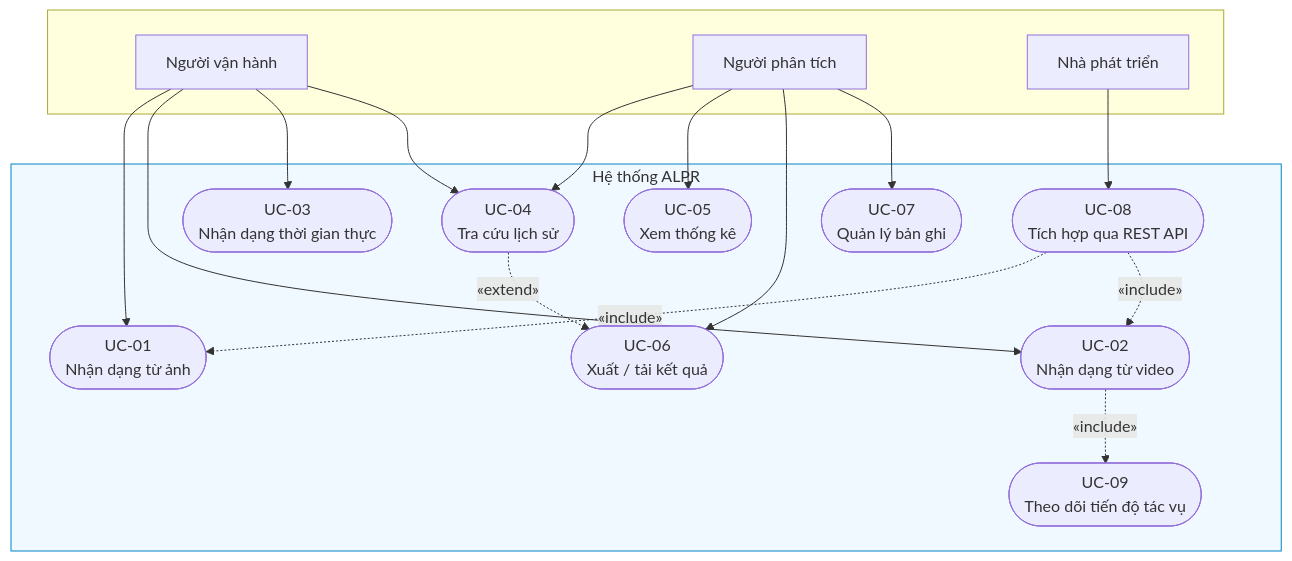
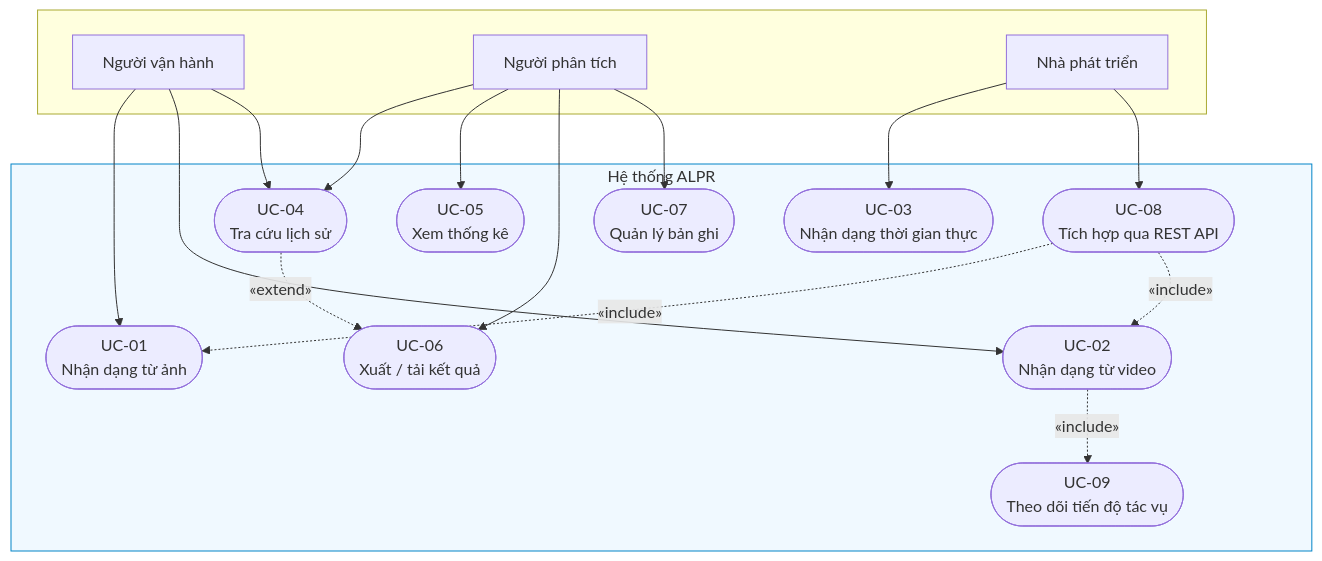
Before and after one commit to hieunguyen2604/alpr-do-an-mon-hoc: the first of 10 diagrams in docs/papers/ch3-phan-tich-thiet-ke.md, drawn with Mermaid. The commit also changed other lines of this file and 82 other files, not shown here.

````diff
--- a/docs/papers/ch3-phan-tich-thiet-ke.md
+++ b/docs/papers/ch3-phan-tich-thiet-ke.md
@@ -48,37 +48,37 @@
 ```mermaid
 graph TB
     subgraph ACTORS[" "]
         OP["Người vận hành"]
         AN["Người phân tích"]
         DEV["Nhà phát triển"]
     end
 
     subgraph SYS["Hệ thống ALPR"]
         UC1(["UC-01<br/>Nhận dạng từ ảnh"])
         UC2(["UC-02<br/>Nhận dạng từ video"])
         UC3(["UC-03<br/>Nhận dạng thời gian thực"])
         UC4(["UC-04<br/>Tra cứu lịch sử"])
         UC5(["UC-05<br/>Xem thống kê"])
         UC6(["UC-06<br/>Xuất / tải kết quả"])
         UC7(["UC-07<br/>Quản lý bản ghi"])
         UC8(["UC-08<br/>Tích hợp qua REST API"])
         UC9(["UC-09<br/>Theo dõi tiến độ tác vụ"])
     end
 
     OP --> UC1
     OP --> UC2
-    OP --> UC3
     OP --> UC4
+    DEV --> UC3
     AN --> UC4
     AN --> UC5
     AN --> UC6
     AN --> UC7
     DEV --> UC8
 
     UC2 -.->|"«include»"| UC9
     UC8 -.->|"«include»"| UC1
     UC8 -.->|"«include»"| UC2
     UC4 -.->|"«extend»"| UC6
 
     style SYS fill:#f0f9ff,stroke:#0284c7
 ```
````
